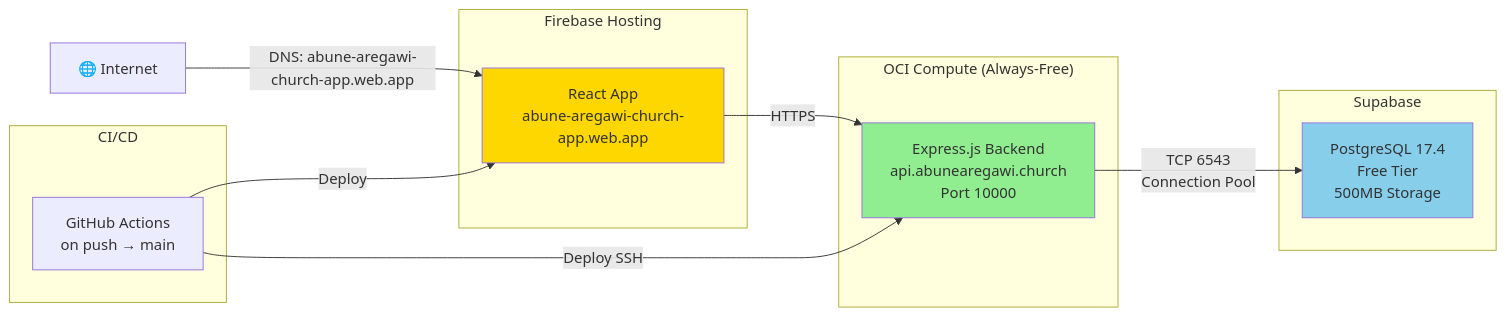
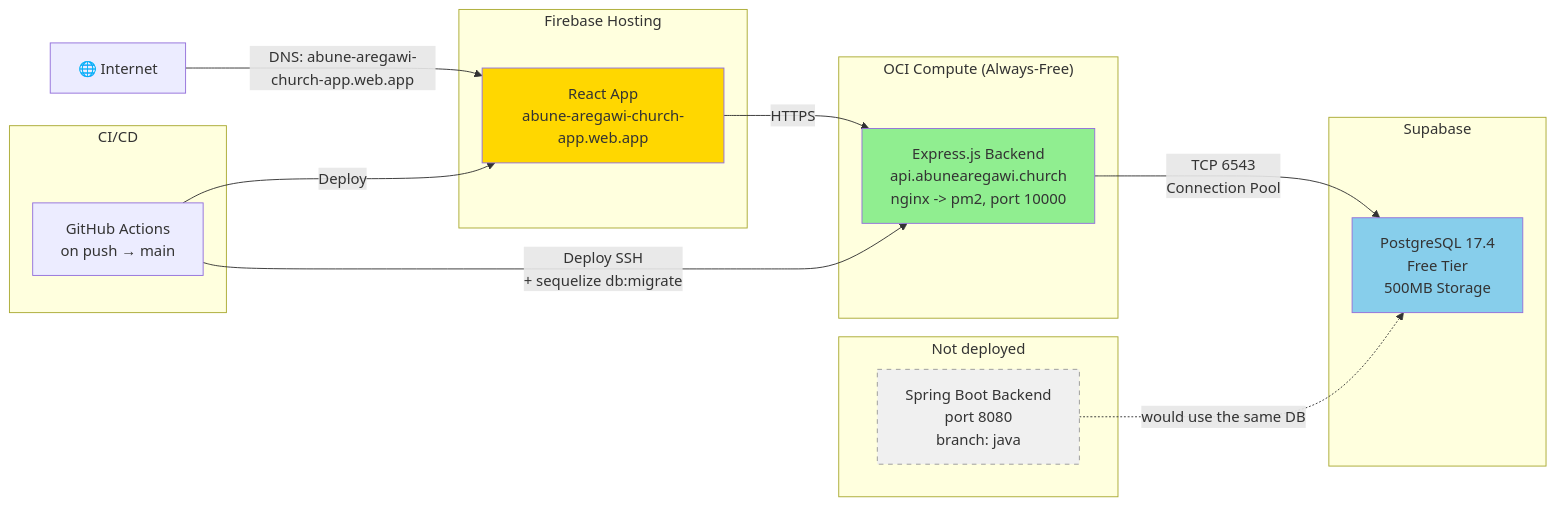
Before and after one commit to dawityifter/abune-aregawi: the second of 3 diagrams in README.md, drawn with Mermaid. The commit also changed other lines of this file, not shown here.

````diff
--- a/README.md
+++ b/README.md
@@ -76,30 +136,39 @@
 ```mermaid
 graph LR
     Internet["🌐 Internet"]
     
     subgraph "Firebase Hosting"
         FE_PROD["React App<br/>abune-aregawi-church-app.web.app"]
     end
     
     subgraph "OCI Compute (Always-Free)"
-        BE_PROD["Express.js Backend<br/>api.abunearegawi.church<br/>Port 10000"]
+        BE_PROD["Express.js Backend<br/>api.abunearegawi.church<br/>nginx -> pm2, port 10000"]
+    end
+
+    subgraph "Not deployed"
+        BE_JAVA["Spring Boot Backend<br/>port 8080<br/>branch: java"]
     end
     
     subgraph "Supabase"
         DB_PROD["PostgreSQL 17.4<br/>Free Tier<br/>500MB Storage"]
     end
     
     subgraph "CI/CD"
         GH["GitHub Actions<br/>on push → main"]
     end
     
     Internet -->|DNS: abune-aregawi-church-app.web.app| FE_PROD
     FE_PROD -->|HTTPS| BE_PROD
     BE_PROD -->|TCP 6543<br/>Connection Pool| DB_PROD
     GH -->|Deploy| FE_PROD
-    GH -->|Deploy SSH| BE_PROD
+    GH -->|Deploy SSH<br/>+ sequelize db:migrate| BE_PROD
+
+    %% Same database, same contract — but no pipeline builds or ships it, and
+    %% no DNS points at it. Drawn so the option is visible, not implied live.
+    BE_JAVA -.->|would use the same DB| DB_PROD
     
     style FE_PROD fill:#FFD700
     style BE_PROD fill:#90EE90
     style DB_PROD fill:#87CEEB
+    style BE_JAVA fill:#f0f0f0,stroke:#999,stroke-dasharray: 5 5
 ```
````
